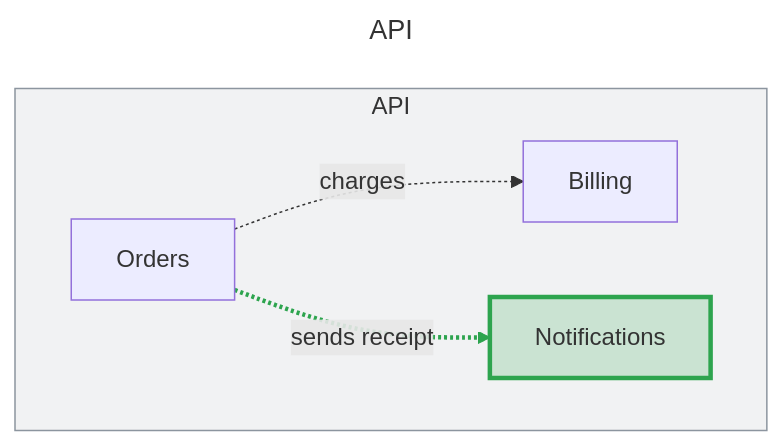
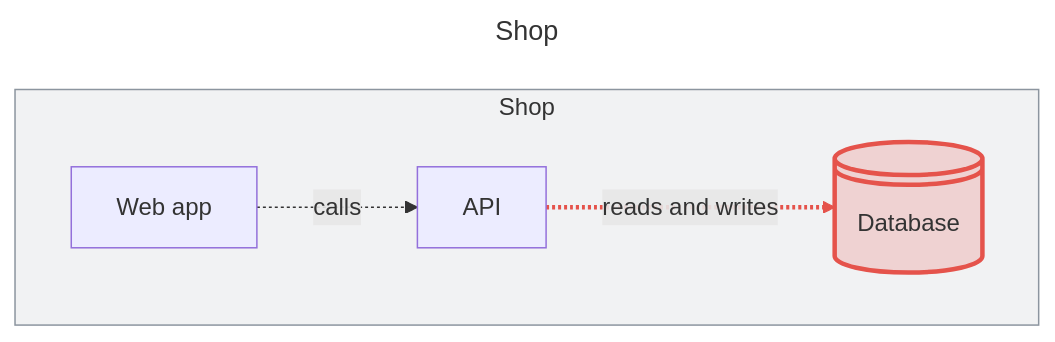
Before and after one commit to novibe-org/likec4-architecture-diff-action: the second of 2 diagrams in README.md, drawn with Mermaid. The commit also changed other lines of this file, not shown here.

````diff
--- a/README.md
+++ b/README.md
@@ -15,16 +42,16 @@
 ```mermaid
 ---
-title: "API"
+title: "Shop"
 ---
 graph TB
-  subgraph ShopApi["`API`"]
-    ShopApi.Orders@{ shape: rectangle, label: "Orders" }
-    ShopApi.Billing@{ shape: rectangle, label: "Billing" }
-    ShopApi.Mail@{ shape: rectangle, label: "Notifications" }
+  subgraph Shop["`Shop`"]
+    Shop.Web@{ shape: rectangle, label: "Web app" }
+    Shop.Api@{ shape: rectangle, label: "API" }
+    Shop.Db@{ shape: disk, label: "Database" }
   end
-  ShopApi.Orders -. "`charges`" .-> ShopApi.Billing
-  ShopApi.Orders -. "`sends receipt`" .-> ShopApi.Mail
-  style ShopApi fill:#8c959f1f,stroke:#8c959f
-  style ShopApi.Mail fill:#2da44e33,stroke:#2da44e,stroke-width:3px
-  linkStyle 1 stroke:#2da44e,stroke-width:3px
+  Shop.Web -. "`calls`" .-> Shop.Api
+  Shop.Api -. "`reads and writes`" .-> Shop.Db
+  style Shop fill:#8c959f1f,stroke:#8c959f
+  style Shop.Db fill:#e5534b33,stroke:#e5534b,stroke-width:3px
+  linkStyle 1 stroke:#e5534b,stroke-width:3px
 ```
````
